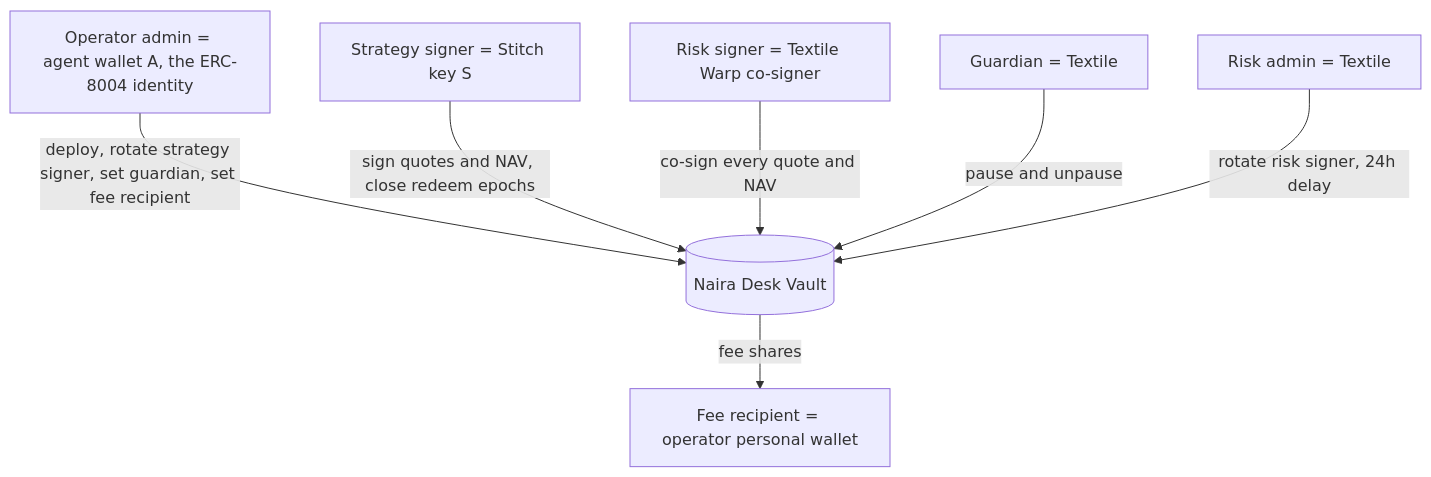
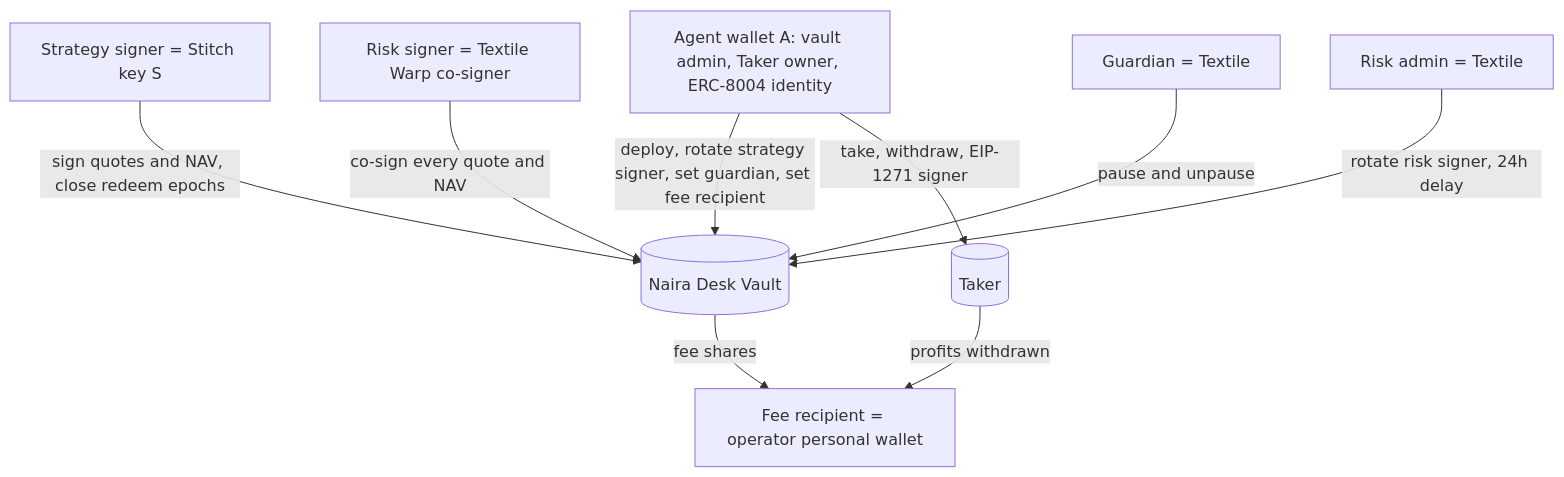
One commit to Kanasjnr/naira-desk changed the second of 11 diagrams in docs/ARCHITECTURE.md. Above: the diagram before and after it, drawn with Mermaid. The commit also changed other lines of this file and 1 other file, not shown here.

````diff
--- a/docs/ARCHITECTURE.md
+++ b/docs/ARCHITECTURE.md
@@ -107,16 +127,19 @@
 ```mermaid
 flowchart TB
-  A["Operator admin = agent wallet A, the ERC-8004 identity"]
+  A["Agent wallet A: vault admin, Taker owner, ERC-8004 identity"]
   S["Strategy signer = Stitch key S"]
   W["Risk signer = Textile Warp co-signer"]
   RA["Risk admin = Textile"]
   G["Guardian = Textile"]
   F["Fee recipient = operator personal wallet"]
   V[("Naira Desk Vault")]
+  T[("Taker")]
   A -->|deploy, rotate strategy signer, set guardian, set fee recipient| V
   S -->|sign quotes and NAV, close redeem epochs| V
   W -->|co-sign every quote and NAV| V
   G -->|pause and unpause| V
   RA -->|rotate risk signer, 24h delay| V
   V -->|fee shares| F
+  A -->|take, withdraw, EIP-1271 signer| T
+  T -->|profits withdrawn| F
 ```
````
